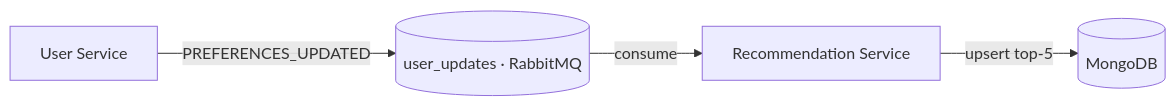
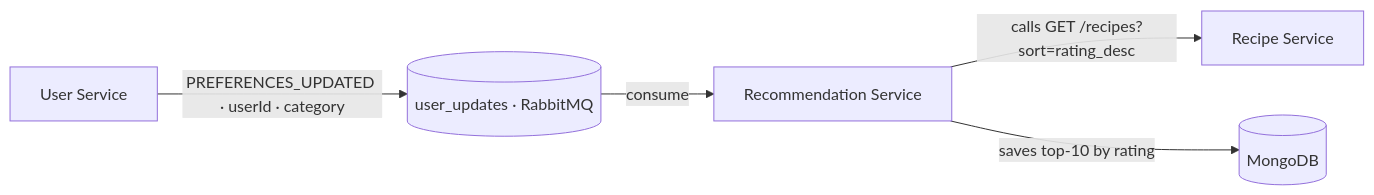
One commit to AlejandroYM/Project_ltu-m7011e changed the fourth of 5 diagrams in DOCUMENTATION/ARCHITECTURE.md. Above: the diagram before and after it, drawn with Mermaid. The commit also changed other lines of this file and 11 other files, not shown here.

````diff
--- a/DOCUMENTATION/ARCHITECTURE.md
+++ b/DOCUMENTATION/ARCHITECTURE.md
@@ -137,6 +177,7 @@
 ```mermaid
 graph LR
-    US[User Service] -->|PREFERENCES_UPDATED| Q[(user_updates · RabbitMQ)]
-    Q -->|consume| RCS[Recommendation Service]
-    RCS -->|upsert top-5| MDB[(MongoDB)]
+    US[User Service] -->|PREFERENCES_UPDATED · userId · category| Q1[(user_updates · RabbitMQ)]
+    Q1 -->|consume| RCS[Recommendation Service]
+    RCS -->|calls GET /recipes?sort=rating_desc| RS[Recipe Service]
+    RCS -->|saves top-10 by rating| MDB[(MongoDB)]
 ```
````
